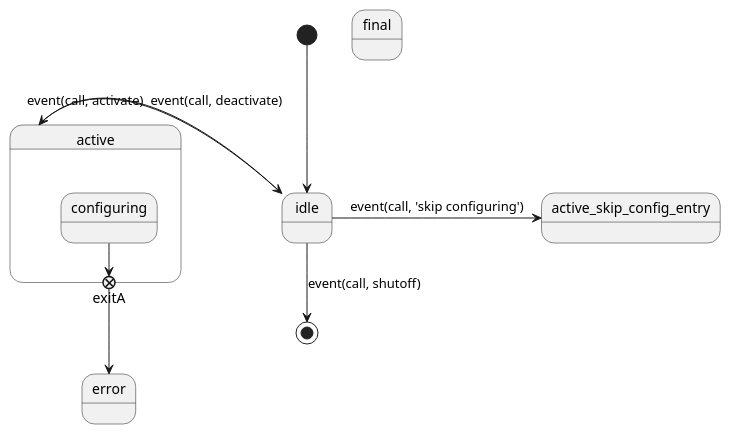
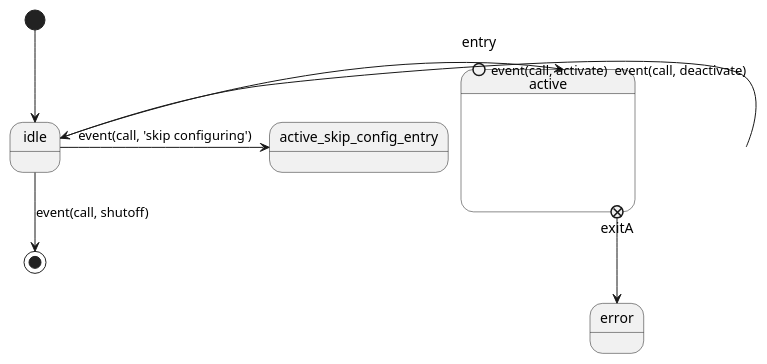
One commit to sfhelmet/Converter changed the diagram in testUML.puml. Above: the diagram before and after it, drawn with PlantUML. The commit also changed 5 other files, not shown here.

Commit message:
working version for exit and entry

```diff
--- a/testUML.puml
+++ b/testUML.puml
@@ -1,18 +1,17 @@
 @startuml
 state active {
-    state configuring
-    configuring -> exitA <<exitPoint>>
+    state exitA <<exitPoint>>
+    state entry <<entryPoint>>
 }
 state error
 state idle
-state final
 
 [*] --> idle
 idle -> active : event(call, activate)
 idle -> active_skip_config_entry : event(call, 'skip configuring')
 active -> idle : event(call, deactivate)
 idle --> [*] : event(call, shutoff)
 exitA --> error
 
 
 @enduml
```
